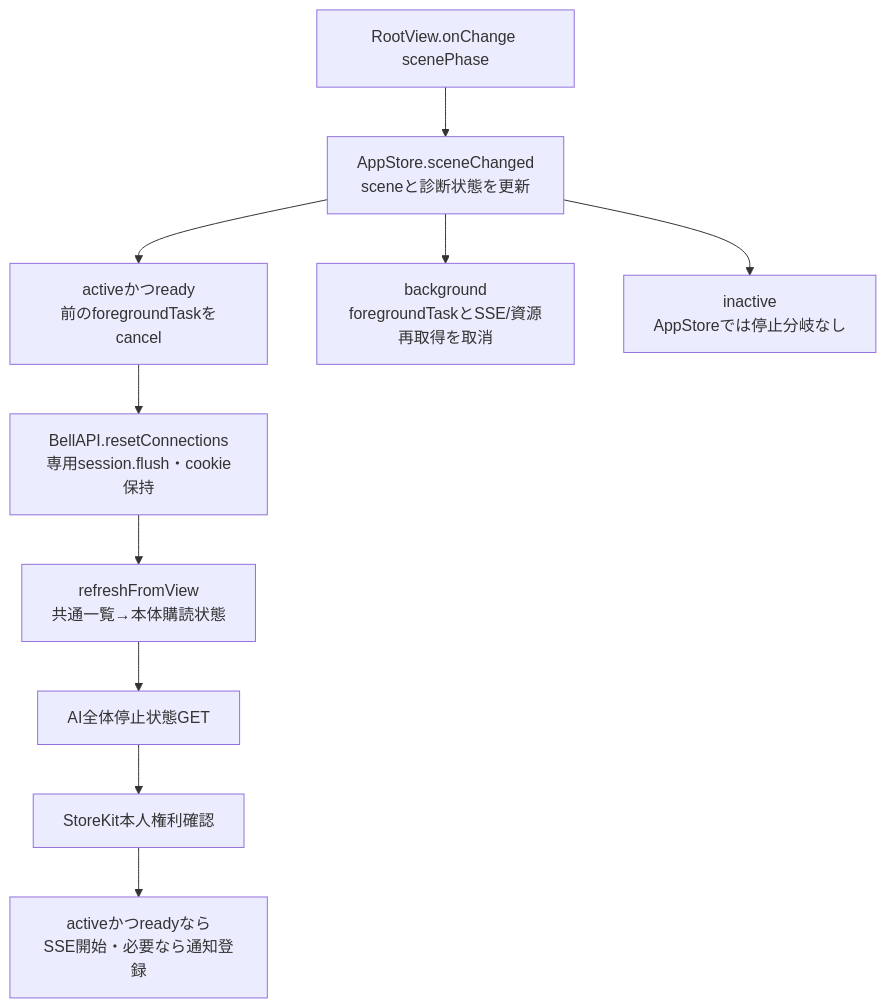
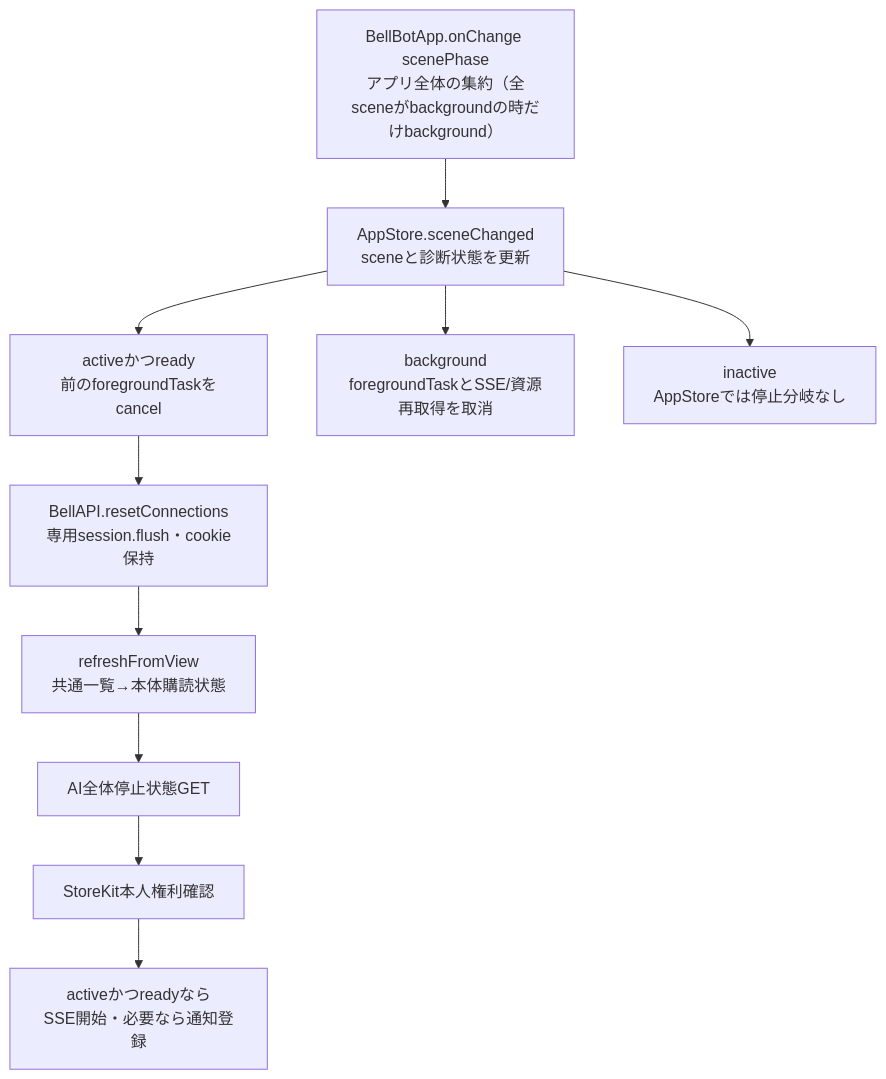
One commit to kitepon/BellTeam changed the first of 4 diagrams in docs/architecture/modules/apple/lifecycle-and-platform.md. Above: the diagram before and after it, drawn with Mermaid. The commit also changed other lines of this file and 1 other file, not shown here.

Commit message:
Apple Mac: keep the events stream when one of several windows closes
Each main window forwarded its own scenePhase to the shared AppStore.
Closing one Mac window reported .background, which stopped /api/events;
the windows left open never reported .active again, so the app stayed
deaf (an avatar change on 11/13 reached the iPhone but not the running
Mac until relaunch). The store now follows the app-level scenePhase,
which is .background only when every scene is.

````diff
--- a/docs/architecture/modules/apple/lifecycle-and-platform.md
+++ b/docs/architecture/modules/apple/lifecycle-and-platform.md
@@ -9,12 +9,12 @@
 ```mermaid
 flowchart TD
-  Root["RootView.onChange scenePhase"] --> Scene["AppStore.sceneChanged<br/>sceneと診断状態を更新"]
+  Root["BellBotApp.onChange scenePhase<br/>アプリ全体の集約（全sceneがbackgroundの時だけbackground）"] --> Scene["AppStore.sceneChanged<br/>sceneと診断状態を更新"]
   Scene --> Active["activeかつready<br/>前のforegroundTaskをcancel"]
   Active --> Flush["BellAPI.resetConnections<br/>専用session.flush・cookie保持"]
   Flush --> Refresh["refreshFromView<br/>共通一覧→本体購読状態"]
   Refresh --> Control["AI全体停止状態GET"]
   Control --> Apple["StoreKit本人権利確認"]
   Apple --> Start["activeかつreadyなら<br/>SSE開始・必要なら通知登録"]
   Scene --> Background["background<br/>foregroundTaskとSSE/資源再取得を取消"]
   Scene --> Inactive["inactive<br/>AppStoreでは停止分岐なし"]
 ```
````
